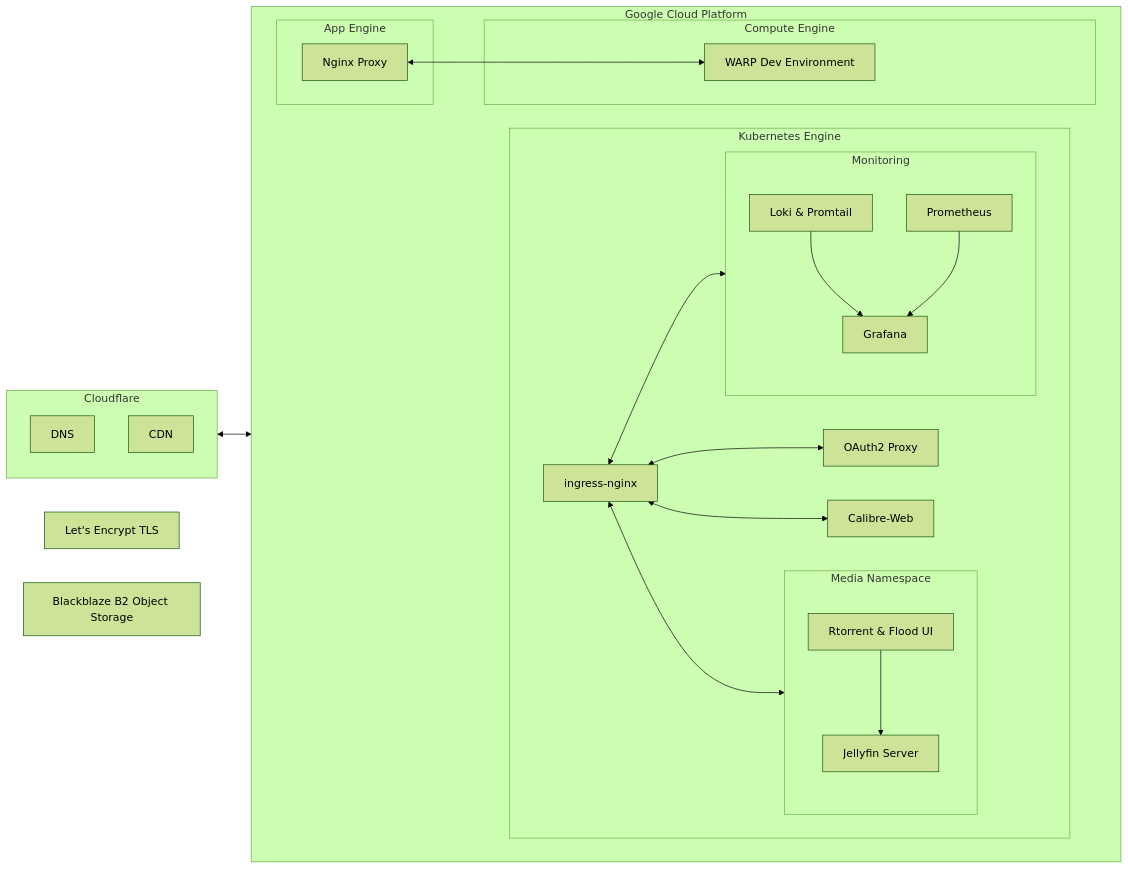
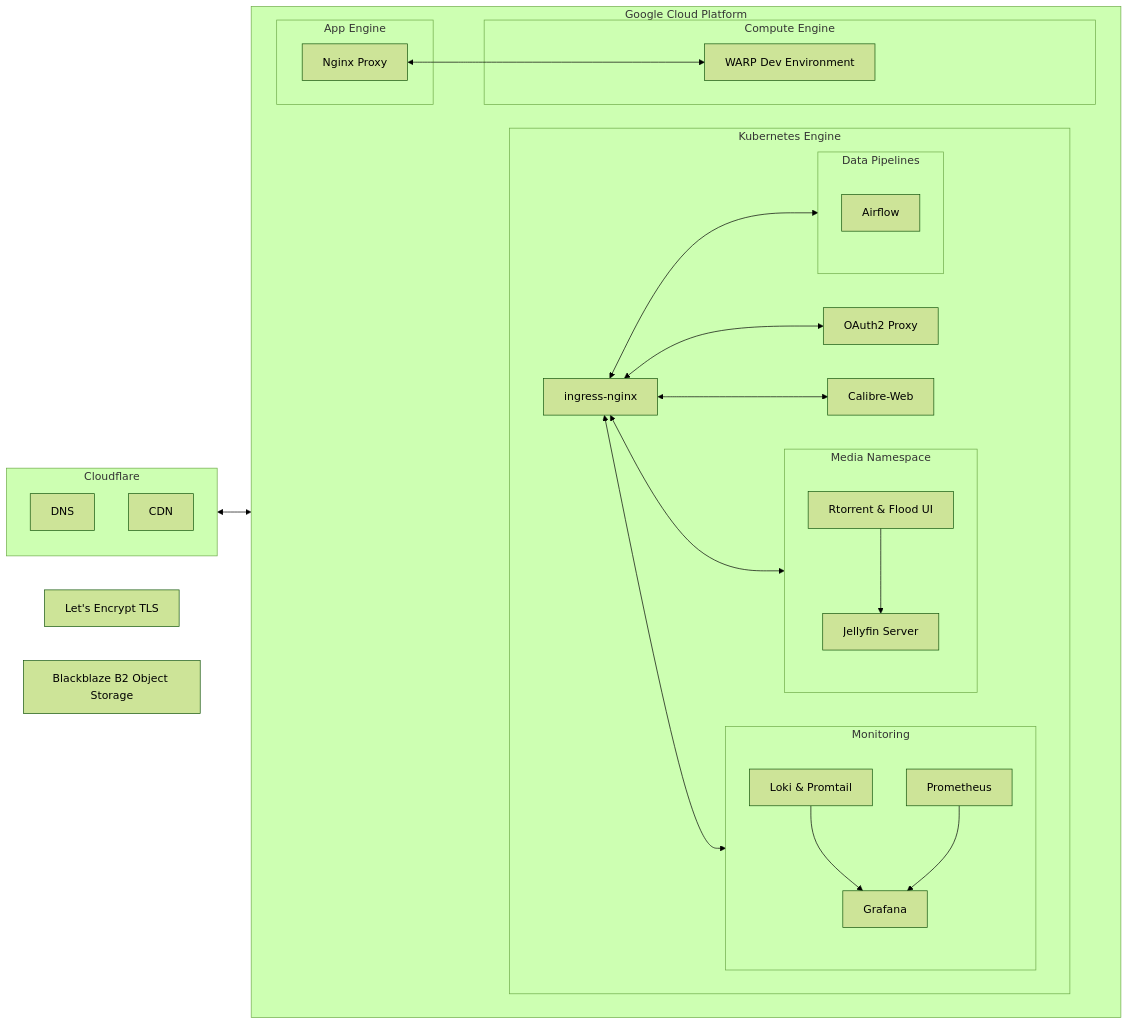
The diagram in README.md (mrzzy/nimbus), drawn with Mermaid (forest theme) before and after one commit. The commit also changed 16 other files, not shown here.

````diff
--- a/README.md
+++ b/README.md
@@ -13,39 +13,42 @@
 ```mermaid
 flowchart LR
     tls[Let's Encrypt TLS]
     b2[Blackblaze B2 Object Storage]
 
     subgraph cf[Cloudflare]
         direction TB
         DNS
         CDN
     end
 
     cf[Cloudflare] <--> gcp
 
     subgraph gcp[Google Cloud Platform]
         direction LR
         subgraph gae[App Engine]
             proxy[Nginx Proxy]
         end
         subgraph gce[Compute Engine]
             dev-env[WARP Dev Environment]
         end
         proxy <--> dev-env
 
         subgraph k8s[Kubernetes Engine]
             direction LR
 
             ingress[ingress-nginx] <--> oauth[OAuth2 Proxy]
-            ingress <--> media & monitoring & calibre-web[Calibre-Web]
+            ingress <--> media & monitoring & pipeline & calibre-web[Calibre-Web]
             subgraph media[Media Namespace]
                 torrent[Rtorrent & Flood UI] -->  media-svr[Jellyfin Server]
             end
             subgraph monitoring[Monitoring]
                 log[Loki & Promtail]
                 metrics[Prometheus]
                 log & metrics --> dashboard[Grafana]
             end
+            subgraph pipeline[Data Pipelines]
+                airflow[Airflow]
+            end
         end
     end
 ```
````
